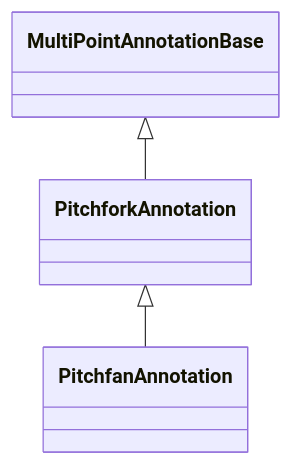
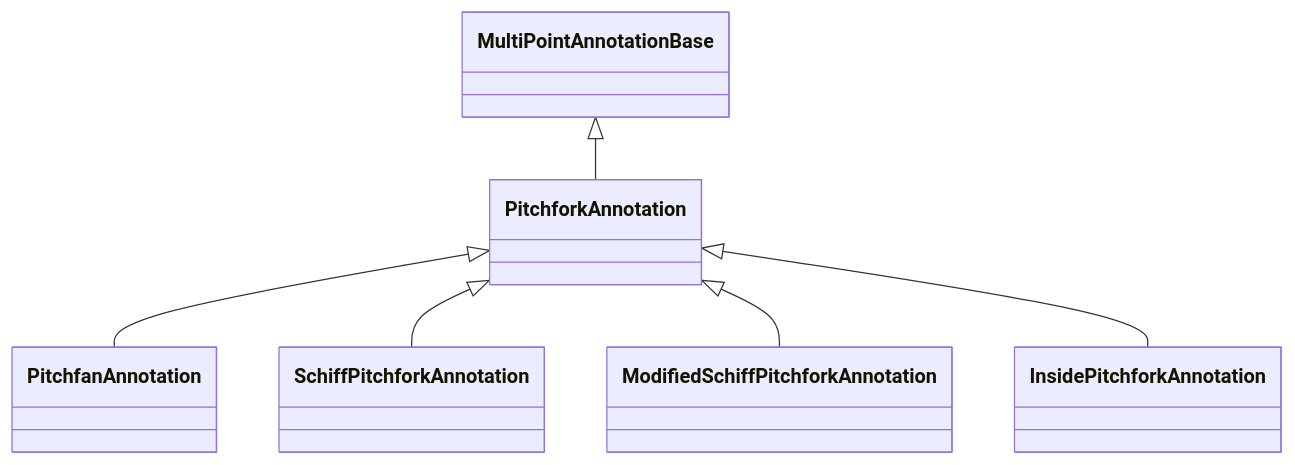
One commit to ABTSoftware/SciChart.JS.Docs changed the diagram in docusaurus/docs/scichart-extensions/scichart-financial-tools/annotation-types/pitchfork-annotations/index.md. Above: the diagram before and after it, drawn with Mermaid. The commit also changed other lines of this file and 50 other files, not shown here.

````diff
--- a/docusaurus/docs/scichart-extensions/scichart-financial-tools/annotation-types/pitchfork-annotations/index.md
+++ b/docusaurus/docs/scichart-extensions/scichart-financial-tools/annotation-types/pitchfork-annotations/index.md
@@ -10,5 +10,8 @@
 ```mermaid
 classDiagram
     MultiPointAnnotationBase <|-- PitchforkAnnotation
     PitchforkAnnotation <|-- PitchfanAnnotation
+    PitchforkAnnotation <|-- SchiffPitchforkAnnotation
+    PitchforkAnnotation <|-- ModifiedSchiffPitchforkAnnotation
+    PitchforkAnnotation <|-- InsidePitchforkAnnotation
 ```
````
